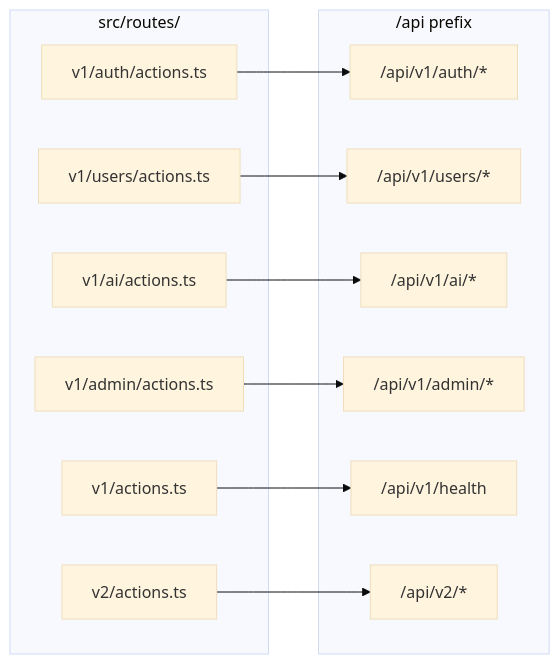
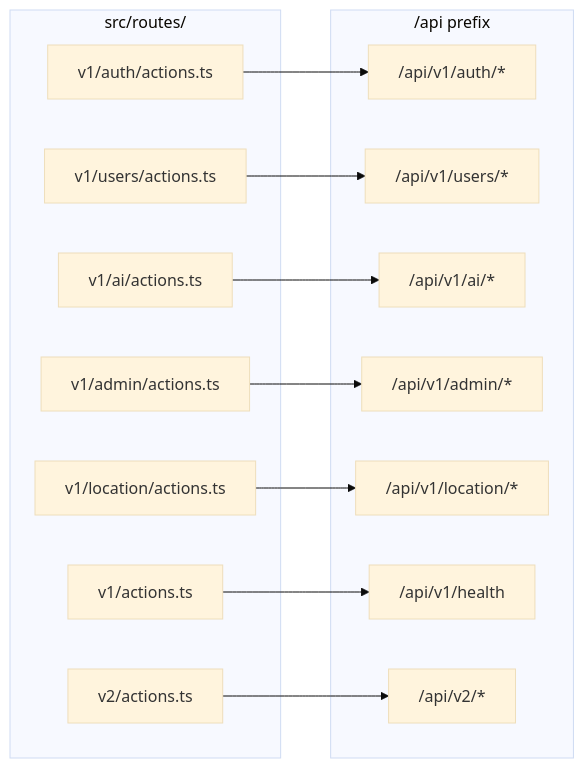
One commit to mansourhaa/matchyplus-site-test-front-end changed the second of 2 diagrams in doc/features/api-architecture.md. Above: the diagram before and after it, drawn with Mermaid (base theme). The commit also changed other lines of this file and 17 other files, not shown here.

````diff
--- a/doc/features/api-architecture.md
+++ b/doc/features/api-architecture.md
@@ -71,27 +71,30 @@
 ```mermaid
 flowchart LR
     subgraph Files["src/routes/"]
         Auth[v1/auth/actions.ts]
         Users[v1/users/actions.ts]
         AI[v1/ai/actions.ts]
         Admin[v1/admin/actions.ts]
+        Location[v1/location/actions.ts]
         Health[v1/actions.ts]
         V2[v2/actions.ts]
     end
 
     subgraph URLs["/api prefix"]
         U1["/api/v1/auth/*"]
         U2["/api/v1/users/*"]
         U6["/api/v1/ai/*"]
         U3["/api/v1/admin/*"]
+        U7["/api/v1/location/*"]
         U4["/api/v1/health"]
         U5["/api/v2/*"]
     end
 
     Auth --> U1
     Users --> U2
     AI --> U6
     Admin --> U3
+    Location --> U7
     Health --> U4
     V2 --> U5
 ```
````
